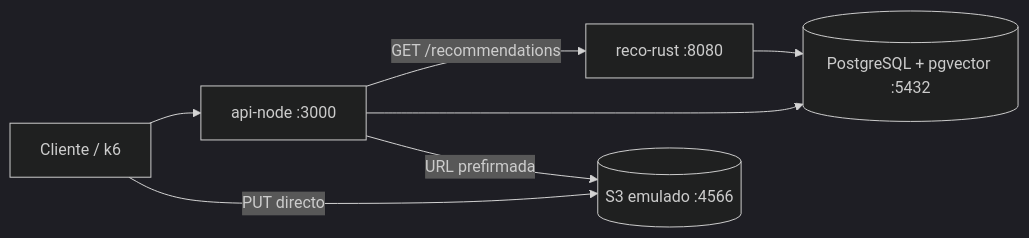
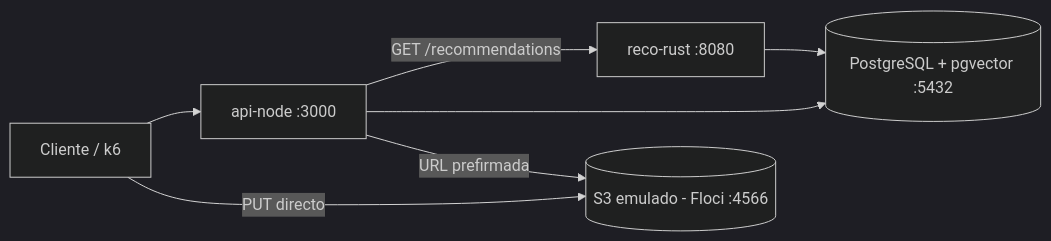
The diagram in README.md (xtylo/the-social-network), drawn with Mermaid (dark theme) before and after one commit. The commit also changed other lines of this file and 2 other files, not shown here.

Commit message:
Use Floci instead of LocalStack as the S3 emulator
Floci needs no account or LOCALSTACK_AUTH_TOKEN and uses the same port, 4566.

Claude-Session: https://claude.ai/code/session_0168n189amvFMiyoyXLE8NHg

````diff
--- a/README.md
+++ b/README.md
@@ -10,9 +10,9 @@
 ```mermaid
 flowchart LR
   C[Cliente / k6] --> API[api-node :3000]
   API -->|GET /recommendations| R[reco-rust :8080]
   R --> PG[(PostgreSQL + pgvector :5432)]
   API --> PG
-  API -->|URL prefirmada| S3[(S3 emulado :4566)]
+  API -->|URL prefirmada| S3[(S3 emulado - Floci :4566)]
   C -->|PUT directo| S3
 ```
````
